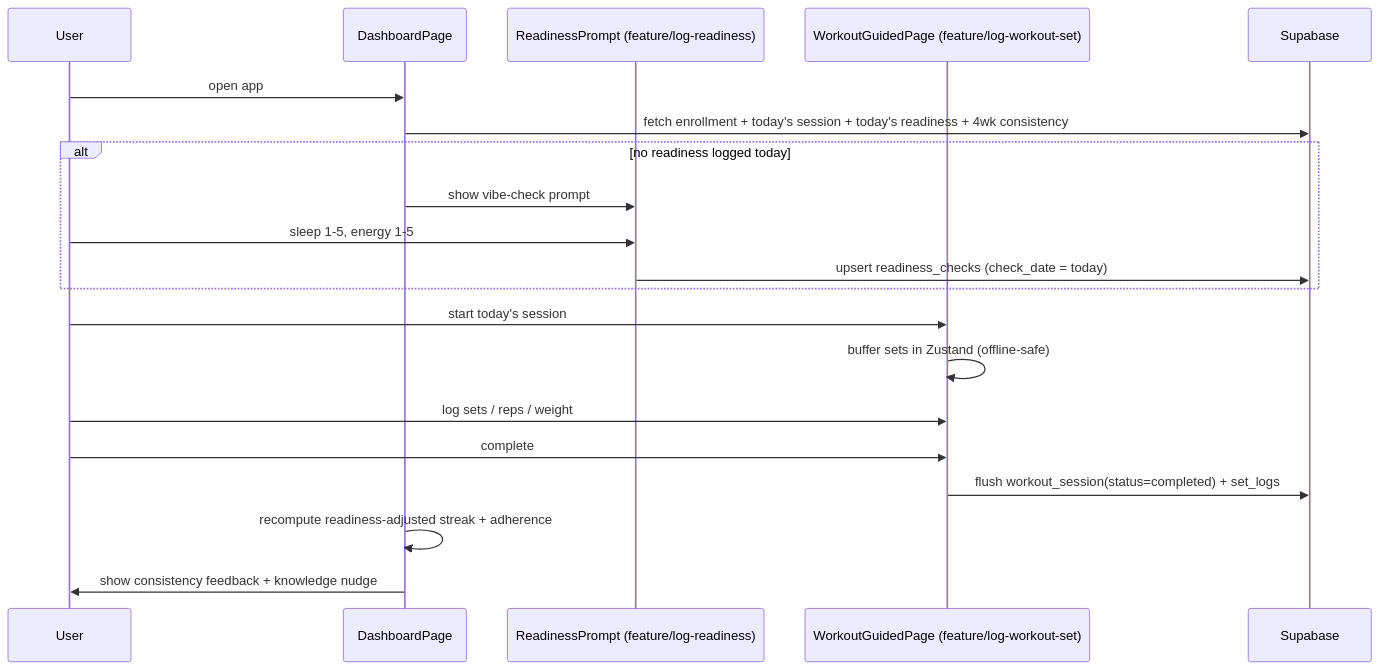
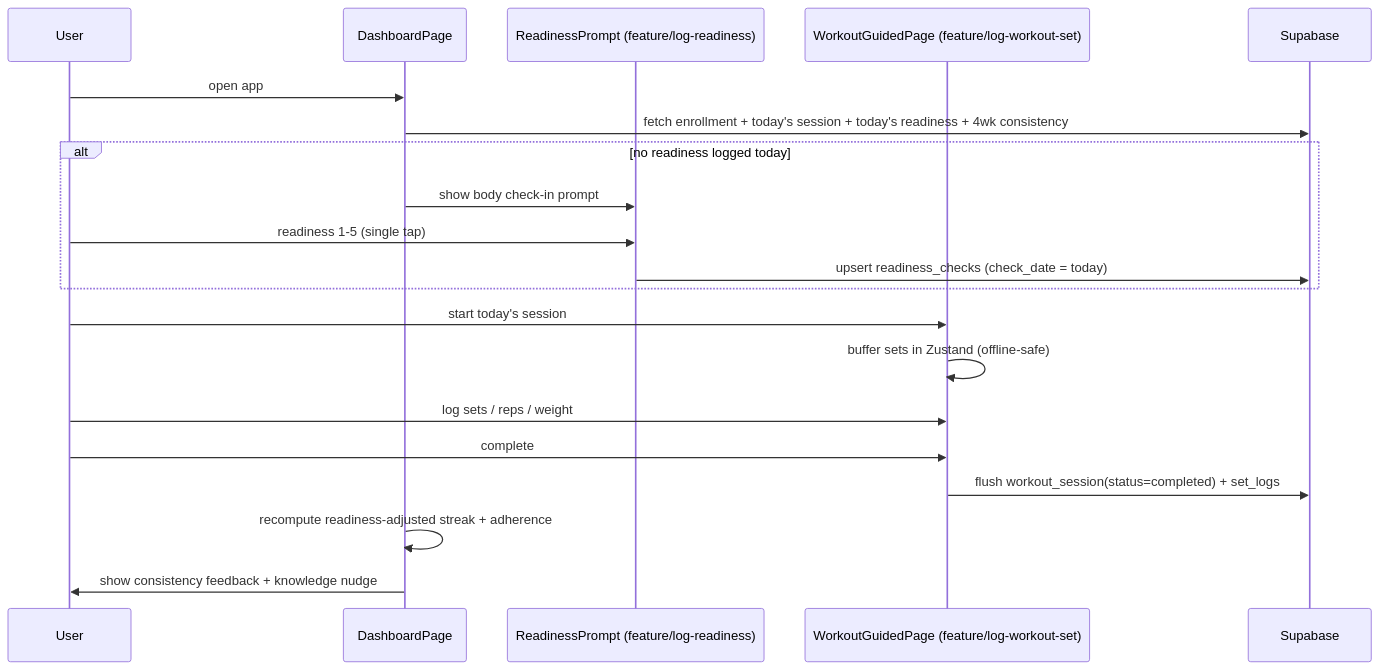
One commit to DrakenMythik/nexus changed the second of 2 diagrams in docs/plans/2026-06-02-001-feat-mvp-adherence-loop-plan.md. Above: the diagram before and after it, drawn with Mermaid. The commit also changed other lines of this file and 1 other file, not shown here.

````diff
--- a/docs/plans/2026-06-02-001-feat-mvp-adherence-loop-plan.md
+++ b/docs/plans/2026-06-02-001-feat-mvp-adherence-loop-plan.md
@@ -231,22 +231,22 @@
 ```mermaid
 sequenceDiagram
   participant U as User
   participant D as DashboardPage
   participant R as ReadinessPrompt (feature/log-readiness)
   participant W as WorkoutGuidedPage (feature/log-workout-set)
   participant S as Supabase
   U->>D: open app
   D->>S: fetch enrollment + today's session + today's readiness + 4wk consistency
   alt no readiness logged today
-    D->>R: show vibe-check prompt
-    U->>R: sleep 1-5, energy 1-5
+    D->>R: show body check-in prompt
+    U->>R: readiness 1-5 (single tap)
     R->>S: upsert readiness_checks (check_date = today)
   end
   U->>W: start today's session
   W->>W: buffer sets in Zustand (offline-safe)
   U->>W: log sets / reps / weight
   U->>W: complete
   W->>S: flush workout_session(status=completed) + set_logs
   D->>D: recompute readiness-adjusted streak + adherence
   D->>U: show consistency feedback + knowledge nudge
 ```
````
